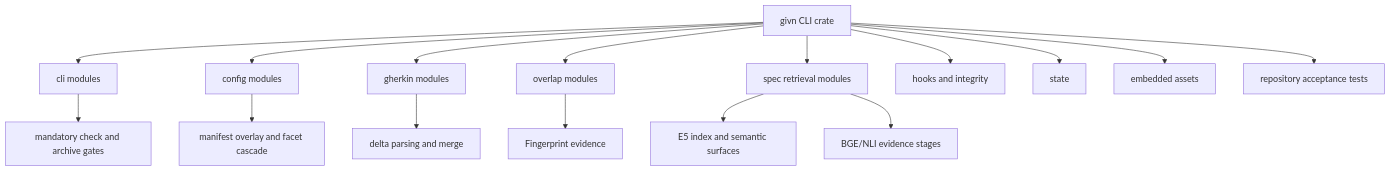
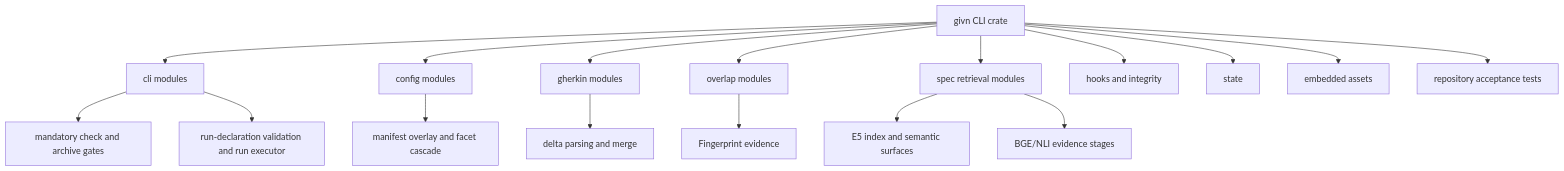
Before and after one commit to buster/givn: the diagram in docs/arc42/05-building-block-view.md, drawn with Mermaid. The commit also changed other lines of this file and 28 other files, not shown here.

````diff
--- a/docs/arc42/05-building-block-view.md
+++ b/docs/arc42/05-building-block-view.md
@@ -13,18 +13,19 @@
 ```mermaid
 flowchart TD
     G[givn CLI crate] --> CLI[cli modules]
     G --> CFG[config modules]
     G --> GH[gherkin modules]
     G --> O[overlap modules]
     G --> SPEC[spec retrieval modules]
     G --> HOOK[hooks and integrity]
     G --> STATE[state]
     G --> ASSET[embedded assets]
     G --> TEST[repository acceptance tests]
     CLI --> CHECK[mandatory check and archive gates]
+    CLI --> RUNBLK[run-declaration validation and run executor]
     CFG --> GRAPH[manifest overlay and facet cascade]
     GH --> MERGE[delta parsing and merge]
     O --> FINGER[Fingerprint evidence]
     SPEC --> E5[E5 index and semantic surfaces]
     SPEC --> STAGE[BGE/NLI evidence stages]
 ```
````
